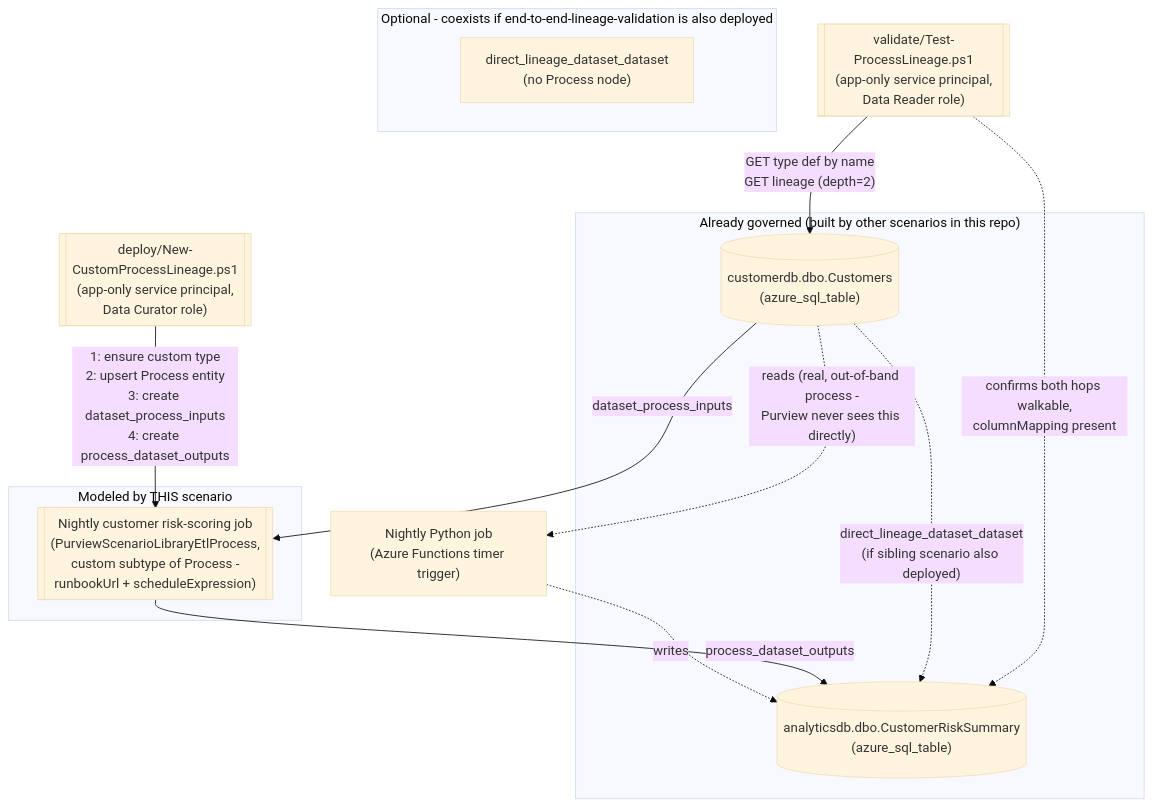
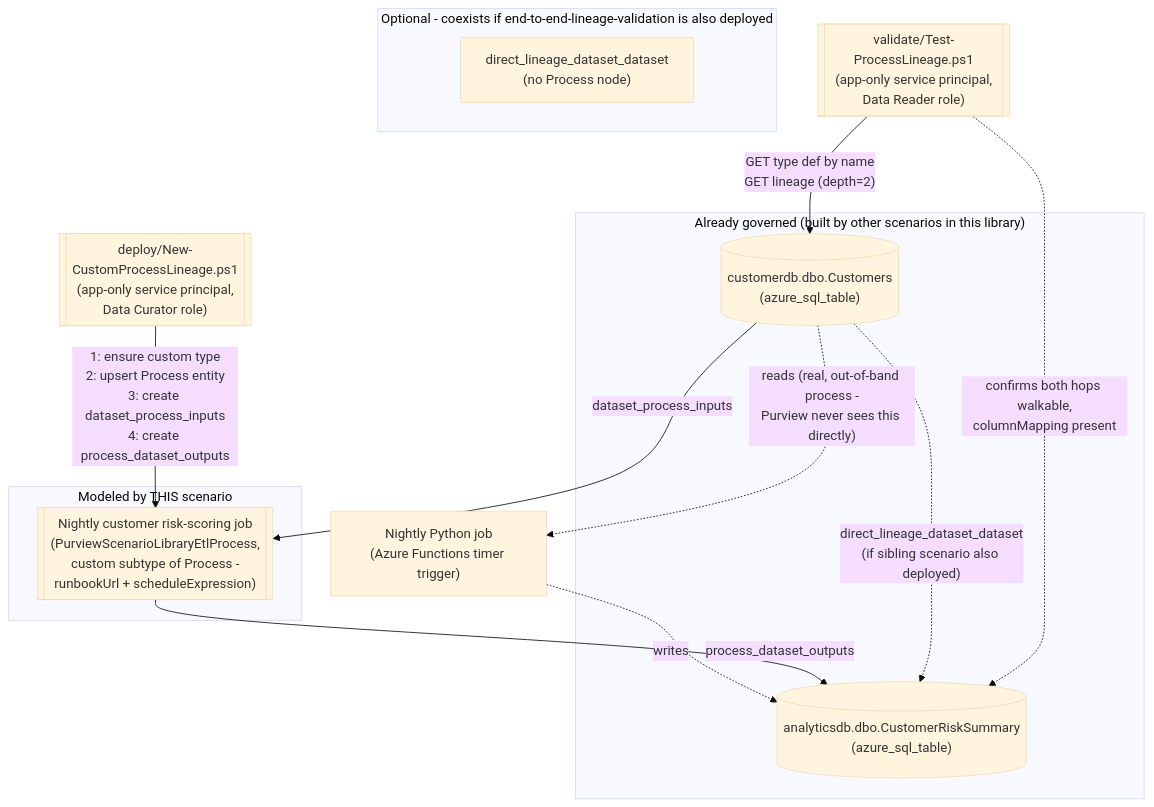
The diagram in src/content/scenarios/data-lineage/custom-process-lineage.md (kpsec1/kpsec1.github.io), drawn with Mermaid (base theme) before and after one commit. The commit also changed 269 other files, not shown here.

````diff
--- a/src/content/scenarios/data-lineage/custom-process-lineage.md
+++ b/src/content/scenarios/data-lineage/custom-process-lineage.md
@@ -45,29 +45,29 @@
 ```mermaid
 flowchart TD
-    subgraph Assets["Already governed (built by other scenarios in this repo)"]
+    subgraph Assets["Already governed (built by other scenarios in this library)"]
         Src[("customerdb.dbo.Customers<br/>(azure_sql_table)")]
         Dst[("analyticsdb.dbo.CustomerRiskSummary<br/>(azure_sql_table)")]
     end
 
     subgraph Modeled["Modeled by THIS scenario"]
         Proc[["Nightly customer risk-scoring job<br/>(PurviewScenarioLibraryEtlProcess,<br/>custom subtype of Process -<br/>runbookUrl + scheduleExpression)"]]
     end
 
     subgraph Sibling["Optional - coexists if end-to-end-lineage-validation is also deployed"]
         DirectEdge["direct_lineage_dataset_dataset<br/>(no Process node)"]
     end
 
     Deployer[["deploy/New-CustomProcessLineage.ps1<br/>(app-only service principal,<br/>Data Curator role)"]]
     Validator[["validate/Test-ProcessLineage.ps1<br/>(app-only service principal,<br/>Data Reader role)"]]
 
     Src -. "reads (real, out-of-band process -<br/>Purview never sees this directly)" .-> RealJob["Nightly Python job<br/>(Azure Functions timer trigger)"]
     RealJob -. "writes" .-> Dst
 
     Deployer -- "1: ensure custom type<br/>2: upsert Process entity<br/>3: create dataset_process_inputs<br/>4: create process_dataset_outputs" --> Proc
     Src -->|"dataset_process_inputs"| Proc
     Proc -->|"process_dataset_outputs"| Dst
     Src -.->|"direct_lineage_dataset_dataset<br/>(if sibling scenario also deployed)"| Dst
 
     Validator -- "GET type def by name<br/>GET lineage (depth=2)" --> Src
     Validator -. "confirms both hops walkable,<br/>columnMapping present" .-> Dst
 ```
````
